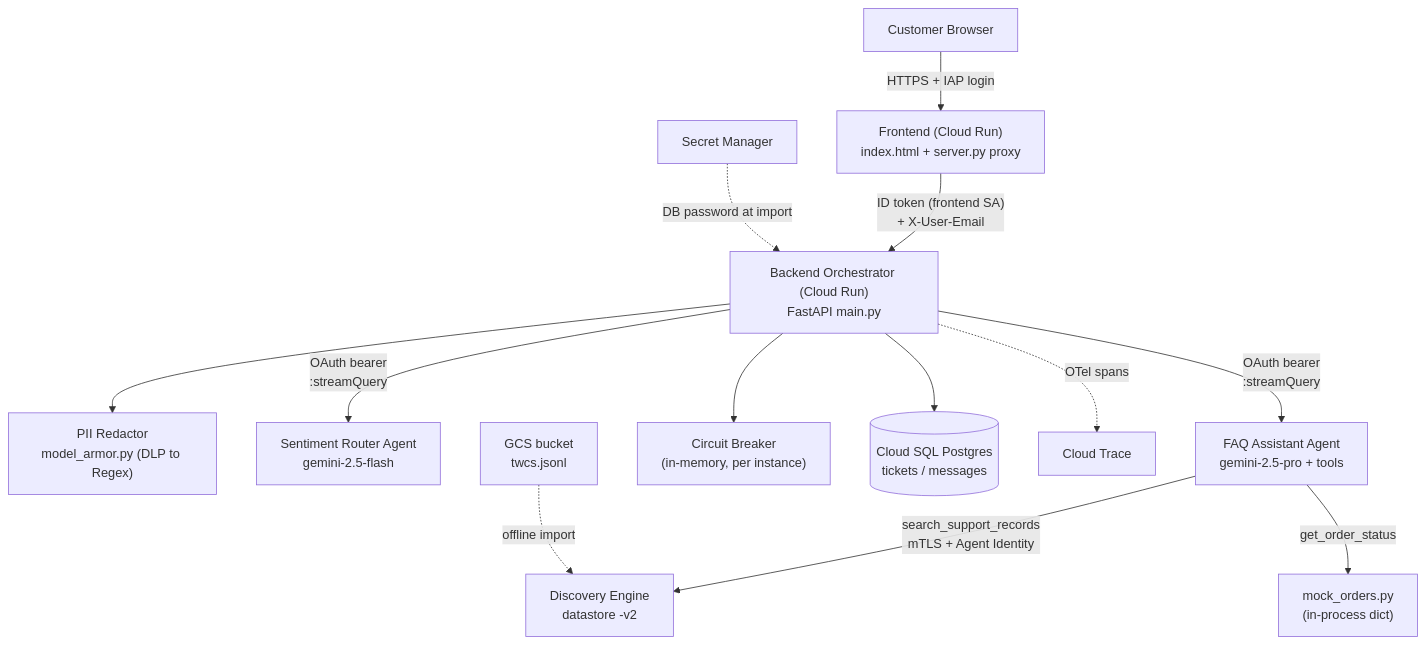
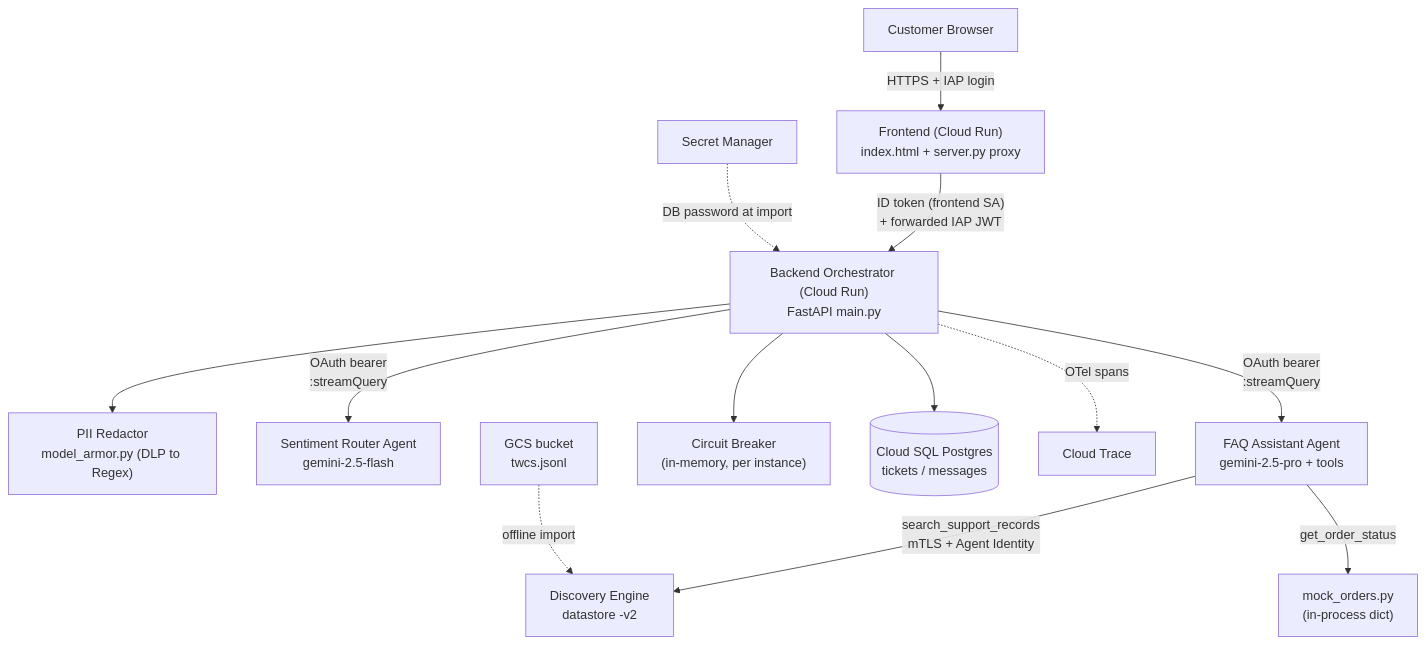
The first of 6 diagrams in docs/SYSTEM_ANALYSIS.md (jiahaoliu-google/fde_support), drawn with Mermaid before and after one commit. The commit also changed other lines of this file and 22 other files, not shown here.

````diff
--- a/docs/SYSTEM_ANALYSIS.md
+++ b/docs/SYSTEM_ANALYSIS.md
@@ -23,15 +49,15 @@
 ```mermaid
 graph TD
     U["Customer Browser"] -->|"HTTPS + IAP login"| FE["Frontend (Cloud Run)<br/>index.html + server.py proxy"]
-    FE -->|"ID token (frontend SA)<br/>+ X-User-Email"| BE["Backend Orchestrator (Cloud Run)<br/>FastAPI main.py"]
+    FE -->|"ID token (frontend SA)<br/>+ forwarded IAP JWT"| BE["Backend Orchestrator (Cloud Run)<br/>FastAPI main.py"]
     BE --> PII["PII Redactor<br/>model_armor.py (DLP to Regex)"]
     BE -->|"OAuth bearer<br/>:streamQuery"| SA["Sentiment Router Agent<br/>gemini-2.5-flash"]
     BE -->|"OAuth bearer<br/>:streamQuery"| FAQ["FAQ Assistant Agent<br/>gemini-2.5-pro + tools"]
     BE --> CB["Circuit Breaker<br/>(in-memory, per instance)"]
     BE --> DB[("Cloud SQL Postgres<br/>tickets / messages")]
     BE -.->|"OTel spans"| TR["Cloud Trace"]
     FAQ -->|"search_support_records<br/>mTLS + Agent Identity"| DE["Discovery Engine<br/>datastore -v2"]
     FAQ -->|"get_order_status"| MO["mock_orders.py<br/>(in-process dict)"]
     SM["Secret Manager"] -.->|"DB password at import"| BE
     GCS["GCS bucket<br/>twcs.jsonl"] -.->|"offline import"| DE
 ```
````
